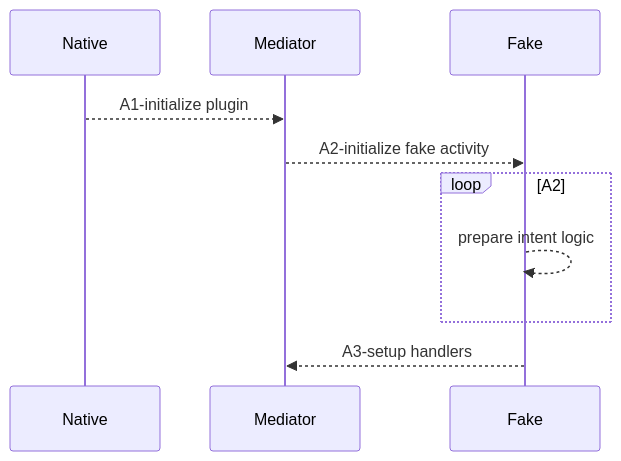
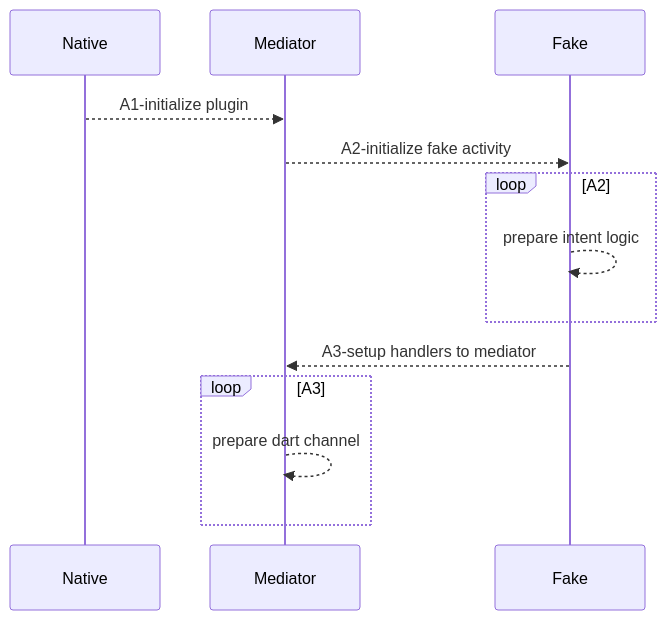
The second of 2 diagrams in flutter/addActivityResultListener.md (gordianknotC/nxp_note), drawn with Mermaid before and after one commit. The commit also changed other lines of this file, not shown here.

Commit message:
flutter/addActivityResultListener.md updated from https://stackedit.io/

````diff
--- a/flutter/addActivityResultListener.md
+++ b/flutter/addActivityResultListener.md
@@ -55,9 +55,12 @@
 ```mermaid
 sequenceDiagram
 Native -->> Mediator: A1-initialize plugin
 Mediator -->> Fake: A2-initialize fake activity
 loop A2
 	Fake -->> Fake: prepare intent logic
 end
-Fake -->> Mediator: A3-setup handlers
+Fake -->> Mediator: A3-setup handlers to mediator
+loop A3
+	Mediator -->> Mediator: prepare dart channel
+end
 ```
````
